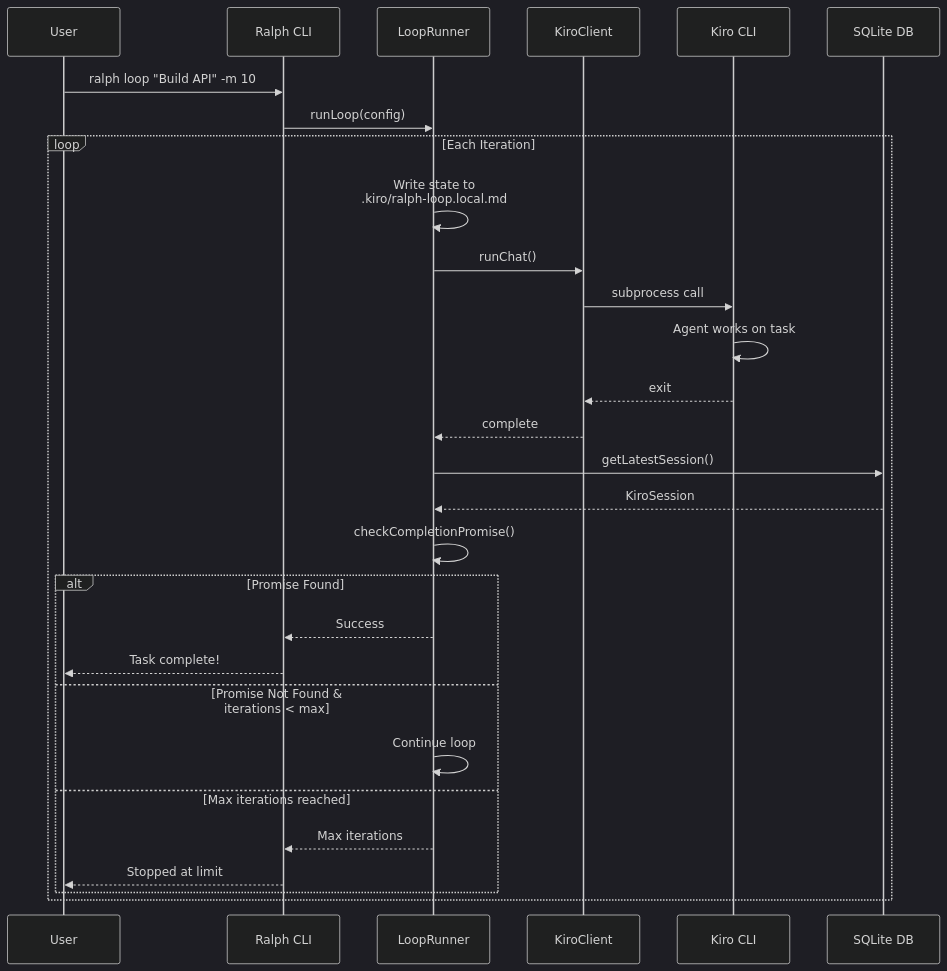
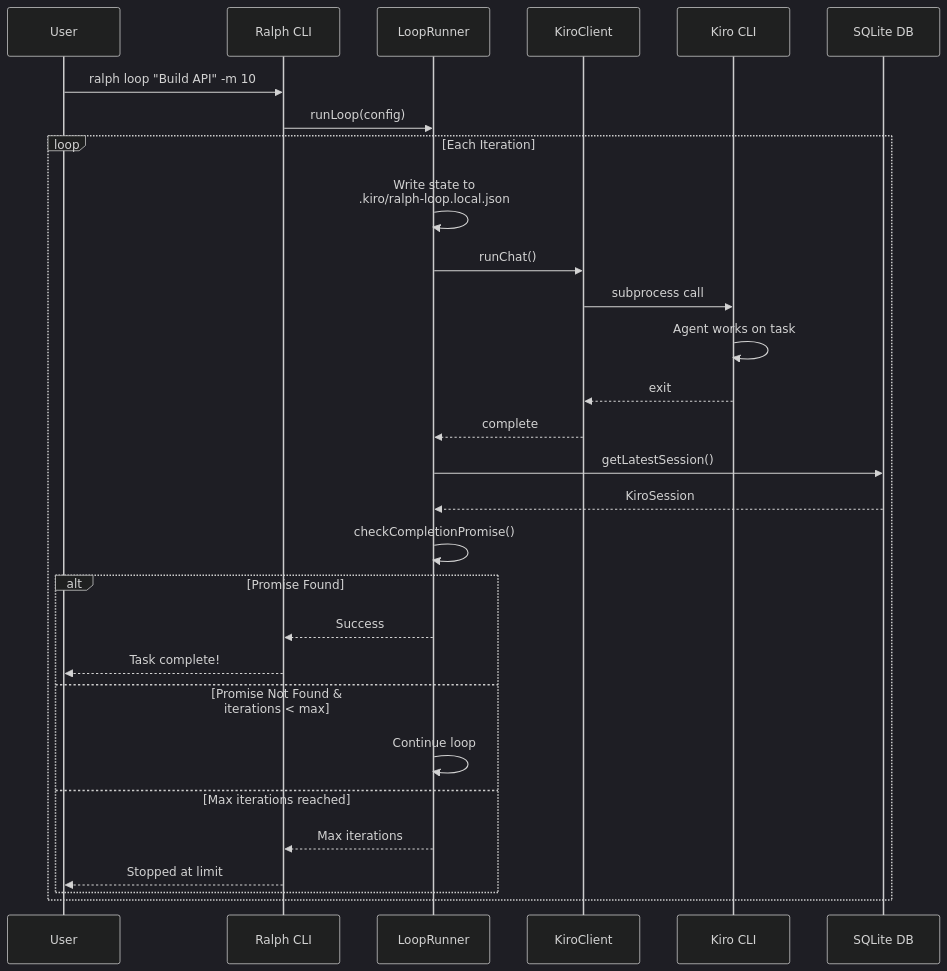
The third of 4 diagrams in README.md (theagenticguy/ralph-for-kiro), drawn with Mermaid (dark theme) before and after one commit. The commit also changed other lines of this file, not shown here.

First line of the commit message:
docs(readme): update to reflect JSON state format

````diff
--- a/README.md
+++ b/README.md
@@ -135,34 +140,34 @@
 ```mermaid
 sequenceDiagram
     participant User
     participant Ralph CLI
     participant LoopRunner
     participant KiroClient
     participant Kiro CLI
     participant SQLite DB
 
     User->>Ralph CLI: ralph loop "Build API" -m 10
     Ralph CLI->>LoopRunner: runLoop(config)
 
     loop Each Iteration
-        LoopRunner->>LoopRunner: Write state to<br/>.kiro/ralph-loop.local.md
+        LoopRunner->>LoopRunner: Write state to<br/>.kiro/ralph-loop.local.json
         LoopRunner->>KiroClient: runChat()
         KiroClient->>Kiro CLI: subprocess call
         Kiro CLI->>Kiro CLI: Agent works on task
         Kiro CLI-->>KiroClient: exit
         KiroClient-->>LoopRunner: complete
         LoopRunner->>SQLite DB: getLatestSession()
         SQLite DB-->>LoopRunner: KiroSession
         LoopRunner->>LoopRunner: checkCompletionPromise()
 
         alt Promise Found
             LoopRunner-->>Ralph CLI: Success
             Ralph CLI-->>User: Task complete!
         else Promise Not Found & iterations < max
             LoopRunner->>LoopRunner: Continue loop
         else Max iterations reached
             LoopRunner-->>Ralph CLI: Max iterations
             Ralph CLI-->>User: Stopped at limit
         end
     end
 ```
````
